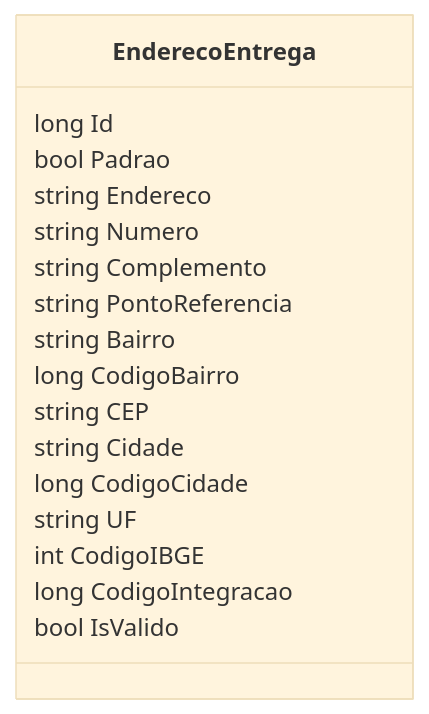
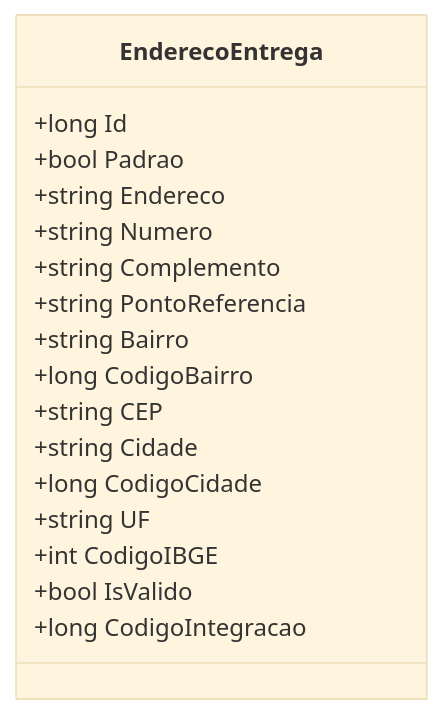
The diagram in docs/b2b-dominio/IsthmusWinthor.Nucleo/IsthmusWinthor.Dominio/POCO/EnderecoEntrega.md (IsthmusSistemas/documentacao-tecnica), drawn with Mermaid (base theme) before and after one commit. The commit also changed other lines of this file and 882 other files, not shown here.

````diff
--- a/docs/b2b-dominio/IsthmusWinthor.Nucleo/IsthmusWinthor.Dominio/POCO/EnderecoEntrega.md
+++ b/docs/b2b-dominio/IsthmusWinthor.Nucleo/IsthmusWinthor.Dominio/POCO/EnderecoEntrega.md
@@ -18,20 +27,20 @@
 ```mermaid
 classDiagram
     class EnderecoEntrega {
-        long Id
-        bool Padrao
-        string Endereco
-        string Numero
-        string Complemento
-        string PontoReferencia
-        string Bairro
-        long CodigoBairro
-        string CEP
-        string Cidade
-        long CodigoCidade
-        string UF
-        int CodigoIBGE
-        long CodigoIntegracao
-        bool IsValido
+        +long Id
+        +bool Padrao
+        +string Endereco
+        +string Numero
+        +string Complemento
+        +string PontoReferencia
+        +string Bairro
+        +long CodigoBairro
+        +string CEP
+        +string Cidade
+        +long CodigoCidade
+        +string UF
+        +int CodigoIBGE
+        +bool IsValido
+        +long CodigoIntegracao
     }
 ```
````
